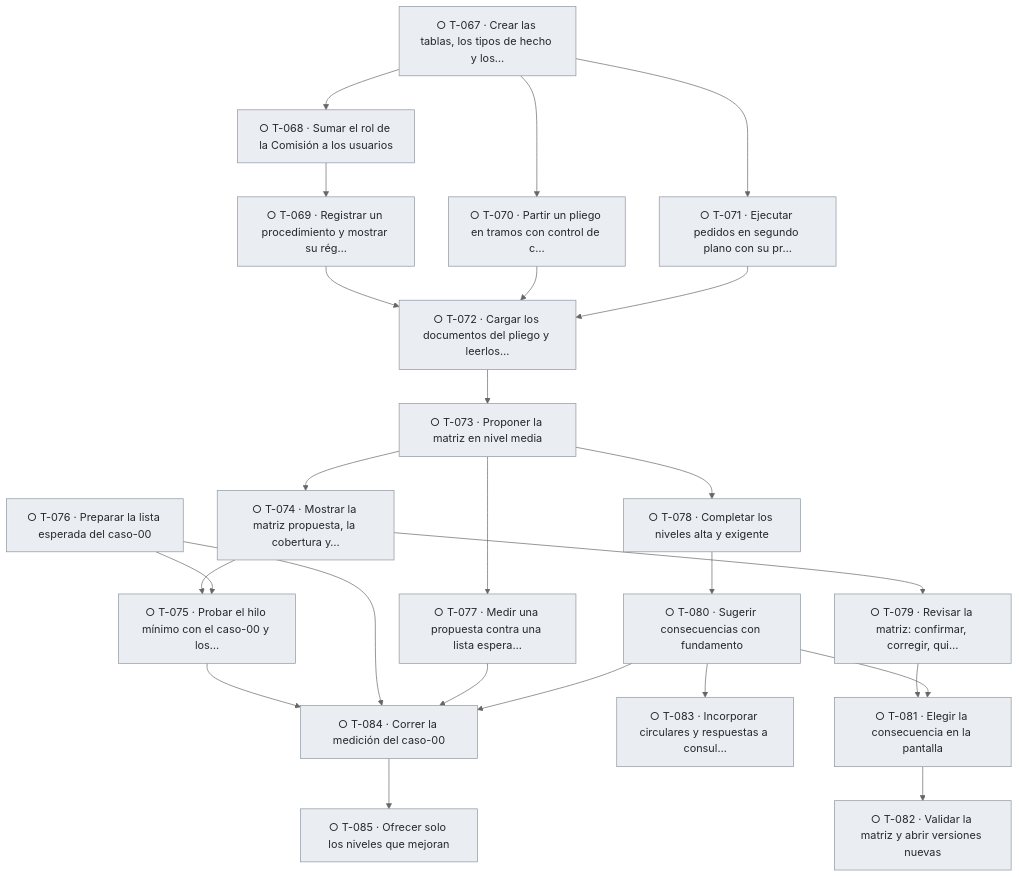
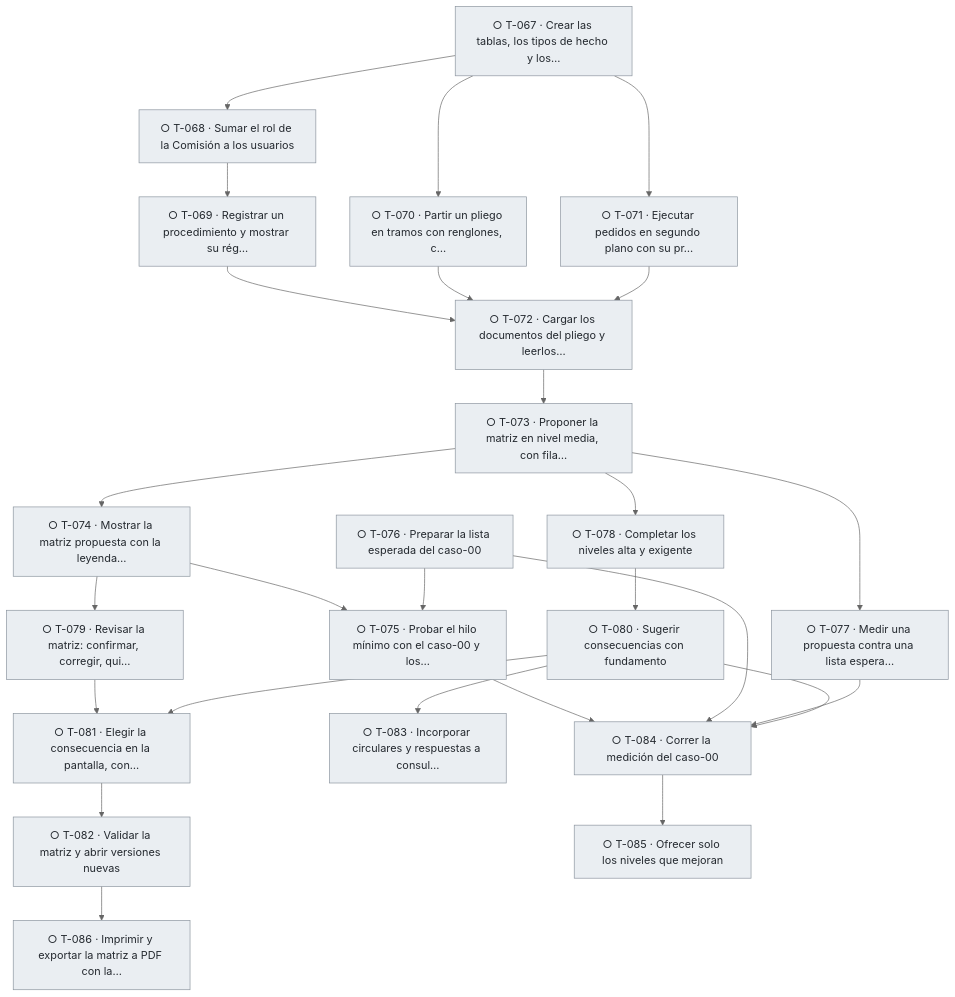
Before and after one commit to snavello/EVALUON: the fifth of 5 diagrams in docs/tablero.md, drawn with Mermaid (neutral theme). The commit also changed other lines of this file and 6 other files, not shown here.

````diff
--- a/docs/tablero.md
+++ b/docs/tablero.md
@@ -394,51 +399,53 @@
 ```mermaid
 flowchart TD
   T067["○ T-067 · Crear las tablas, los tipos de hecho y los…"]:::todo
   T068["○ T-068 · Sumar el rol de la Comisión a los usuarios"]:::todo
   T069["○ T-069 · Registrar un procedimiento y mostrar su rég…"]:::todo
-  T070["○ T-070 · Partir un pliego en tramos con control de c…"]:::todo
+  T070["○ T-070 · Partir un pliego en tramos con renglones, c…"]:::todo
   T071["○ T-071 · Ejecutar pedidos en segundo plano con su pr…"]:::todo
   T072["○ T-072 · Cargar los documentos del pliego y leerlos…"]:::todo
-  T073["○ T-073 · Proponer la matriz en nivel media"]:::todo
-  T074["○ T-074 · Mostrar la matriz propuesta, la cobertura y…"]:::todo
+  T073["○ T-073 · Proponer la matriz en nivel media, con fila…"]:::todo
+  T074["○ T-074 · Mostrar la matriz propuesta con la leyenda…"]:::todo
   T075["○ T-075 · Probar el hilo mínimo con el caso-00 y los…"]:::todo
   T076["○ T-076 · Preparar la lista esperada del caso-00"]:::todo
   T077["○ T-077 · Medir una propuesta contra una lista espera…"]:::todo
   T078["○ T-078 · Completar los niveles alta y exigente"]:::todo
   T079["○ T-079 · Revisar la matriz: confirmar, corregir, qui…"]:::todo
   T080["○ T-080 · Sugerir consecuencias con fundamento"]:::todo
-  T081["○ T-081 · Elegir la consecuencia en la pantalla"]:::todo
+  T081["○ T-081 · Elegir la consecuencia en la pantalla, con…"]:::todo
   T082["○ T-082 · Validar la matriz y abrir versiones nuevas"]:::todo
   T083["○ T-083 · Incorporar circulares y respuestas a consul…"]:::todo
   T084["○ T-084 · Correr la medición del caso-00"]:::todo
   T085["○ T-085 · Ofrecer solo los niveles que mejoran"]:::todo
+  T086["○ T-086 · Imprimir y exportar la matriz a PDF con la…"]:::todo
   T067 --> T068
   T068 --> T069
   T067 --> T070
   T067 --> T071
   T069 --> T072
   T070 --> T072
   T071 --> T072
   T072 --> T073
   T073 --> T074
   T074 --> T075
   T076 --> T075
   T073 --> T077
   T073 --> T078
   T074 --> T079
   T078 --> T080
   T079 --> T081
   T080 --> T081
   T081 --> T082
   T080 --> T083
   T075 --> T084
   T076 --> T084
   T077 --> T084
   T080 --> T084
   T084 --> T085
+  T082 --> T086
   classDef done fill:#1a7f37,stroke:#116329,color:#ffffff
   classDef review fill:#0969da,stroke:#0550ae,color:#ffffff
   classDef active fill:#bf8700,stroke:#7d4e00,color:#ffffff
   classDef blocked fill:#cf222e,stroke:#a40e26,color:#ffffff
   classDef todo fill:#eaeef2,stroke:#8c959f,color:#24292f
 ```
````
